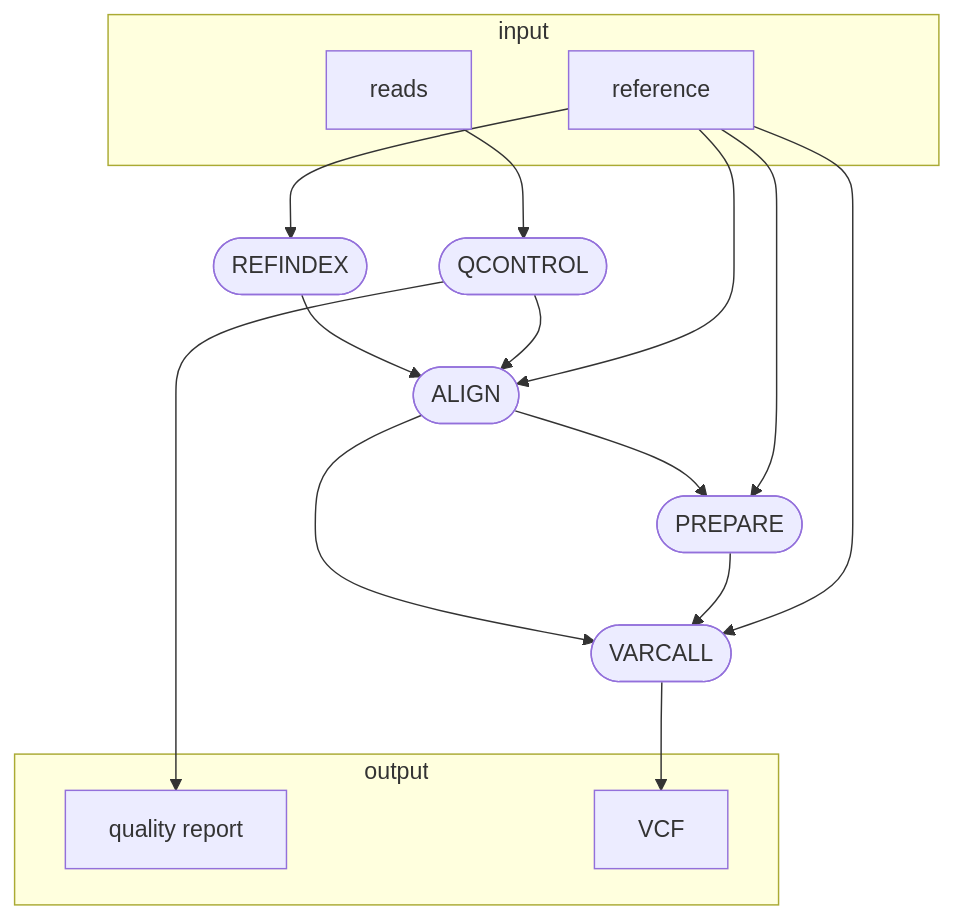
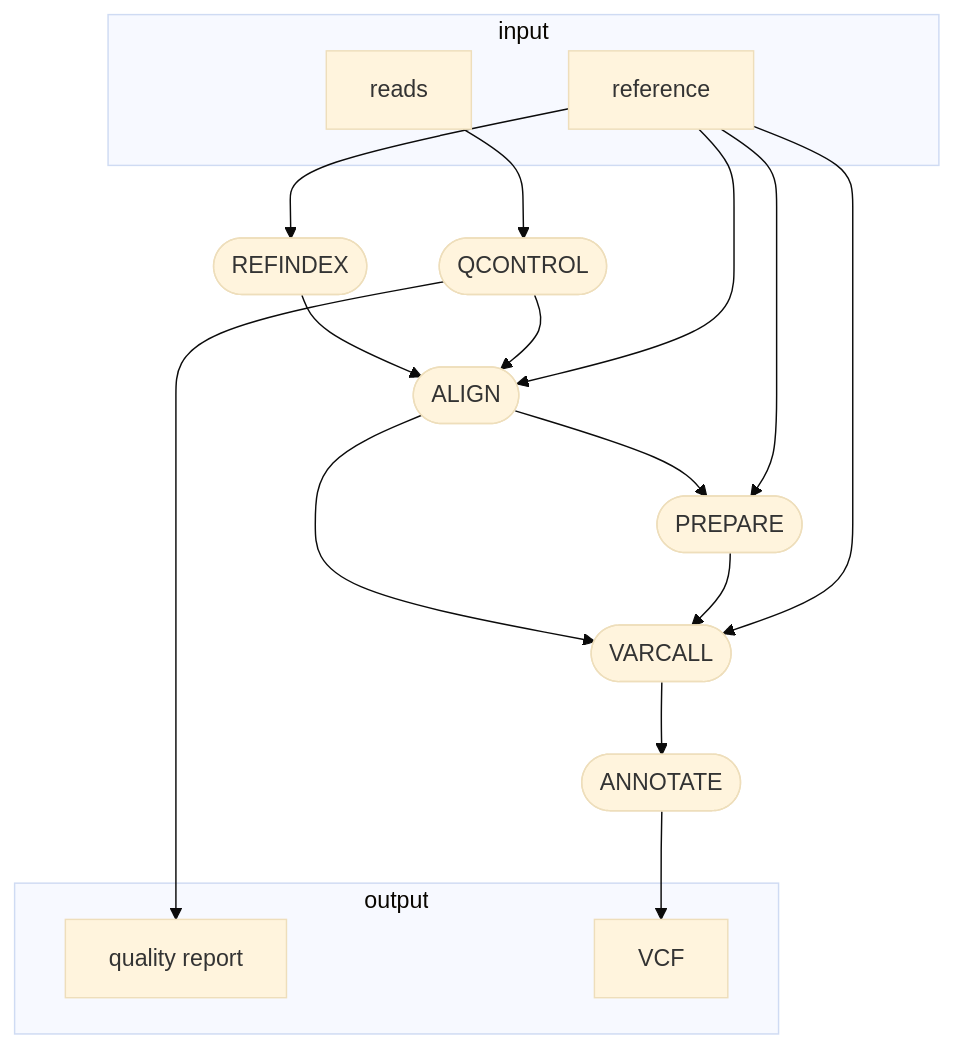
One commit to glebus-sasha/octopus_nf changed the diagram in README.md. Above: the diagram before and after it, drawn with Mermaid.

````diff
--- a/README.md
+++ b/README.md
@@ -5,28 +5,31 @@
 ```mermaid
+%%{init: {'theme':'base'}}%%
 flowchart TB
     subgraph "input"
     v0["reads"]
     v1["reference"]
     end
     v2([REFINDEX])
     v3([QCONTROL])
     subgraph "output"
     v4["quality report"]
-    v11["VCF"]
+    v14["VCF"]
     end
     v6([ALIGN])
     v8([PREPARE])
     v10([VARCALL])
+    v13([ANNOTATE])
     v0 --> v3
     v1 --> v2
     v2 --> v6
     v3 --> v6
     v3 --> v4
     v1 --> v6
     v6 --> v8
     v6 --> v10
     v1 --> v8
     v8 --> v10
     v1 --> v10
-    v10 --> v11
+    v10 --> v13
+    v13 --> v14
 ```
````
